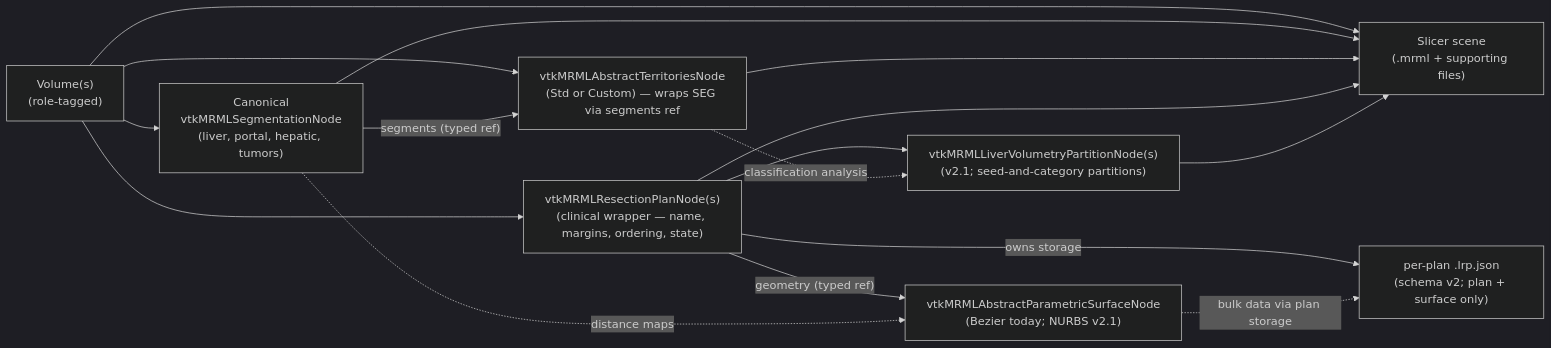
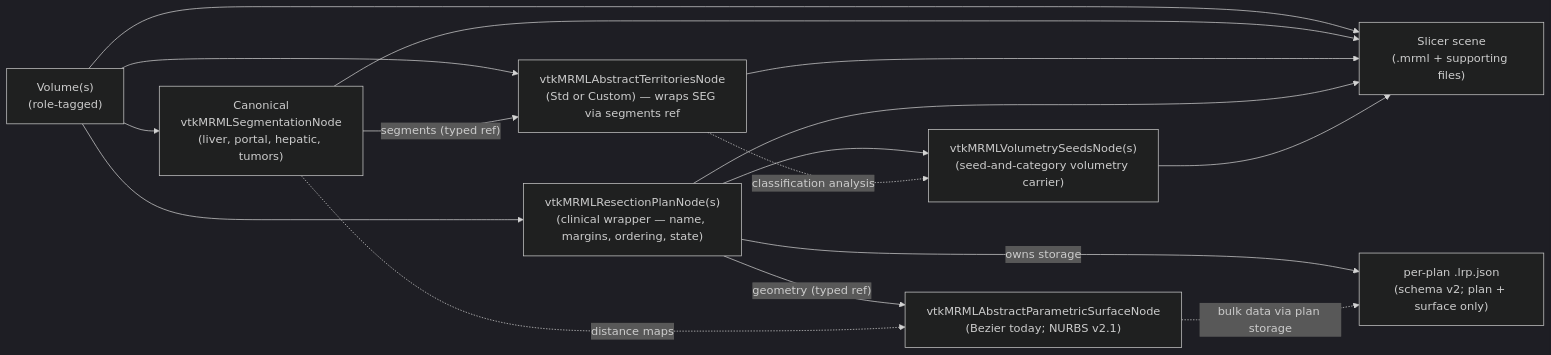
One commit to ALive-research/Slicer-Liver changed the second of 2 diagrams in Docs/architecture/gui-stage-flow.md. Above: the diagram before and after it, drawn with Mermaid (dark theme). The commit also changed 4 other files, not shown here.

````diff
--- a/Docs/architecture/gui-stage-flow.md
+++ b/Docs/architecture/gui-stage-flow.md
@@ -83,27 +83,27 @@
 ```mermaid
 flowchart LR
     V1["Volume(s)<br/>(role-tagged)"]
     SEG["Canonical<br/>vtkMRMLSegmentationNode<br/>(liver, portal, hepatic, tumors)"]
     TER["vtkMRMLAbstractTerritoriesNode<br/>(Std or Custom) — wraps SEG via segments ref"]
     PLAN["vtkMRMLResectionPlanNode(s)<br/>(clinical wrapper — name, margins, ordering, state)"]
     SURF["vtkMRMLAbstractParametricSurfaceNode<br/>(Bezier today; NURBS v2.1)"]
-    VOL["vtkMRMLLiverVolumetryPartitionNode(s)<br/>(v2.1; seed-and-category partitions)"]
+    VOL["vtkMRMLVolumetrySeedsNode(s)<br/>(seed-and-category volumetry carrier)"]
     LRP["per-plan .lrp.json<br/>(schema v2; plan + surface only)"]
     SCN["Slicer scene<br/>(.mrml + supporting files)"]
 
     V1 --> SEG
     V1 --> TER
     SEG -- "segments (typed ref)" --> TER
     V1 --> PLAN
     PLAN -- "geometry (typed ref)" --> SURF
     SEG -.distance maps.-> SURF
     PLAN --> VOL
     TER -.classification analysis.-> VOL
     PLAN -- "owns storage" --> LRP
     V1 --> SCN
     SEG --> SCN
     TER --> SCN
     PLAN --> SCN
     SURF -.bulk data via plan storage.-> LRP
     VOL --> SCN
 ```
````
